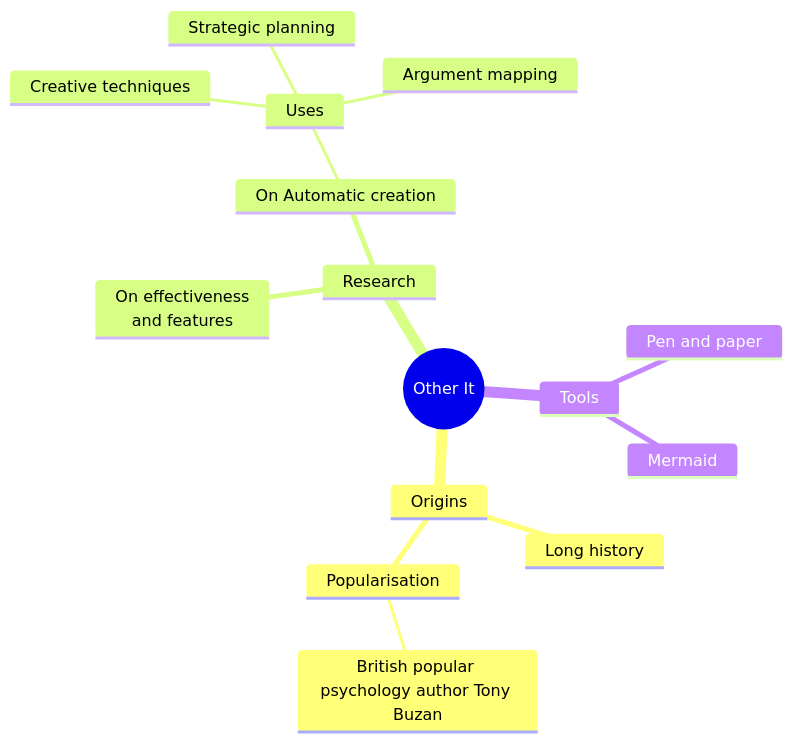
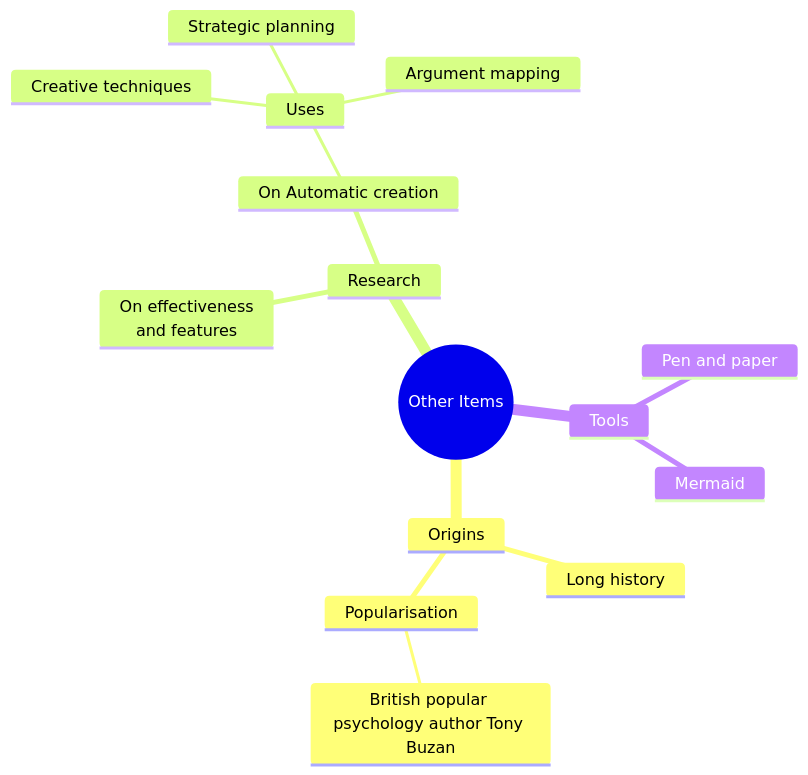
One commit to gerbssusd/dok changed the diagram in slides.md. Above: the diagram before and after it, drawn with Mermaid.

````diff
--- a/slides.md
+++ b/slides.md
@@ -217,23 +217,23 @@
 ```mermaid
 mindmap
-  root((Other It))
+  root((Other Items))
     Origins
       Long history
       ::icon(fa fa-book)
       Popularisation
         British popular psychology author Tony Buzan
     Research
       On effectiveness<br/>and features
       On Automatic creation
         Uses
             Creative techniques
             Strategic planning
             Argument mapping
     Tools
       Pen and paper
       Mermaid
 
 
 
 
 ```
````
